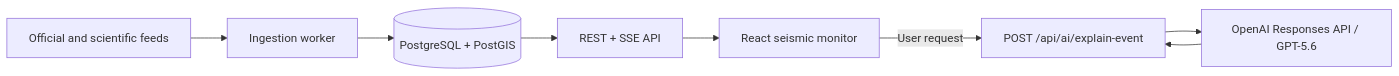
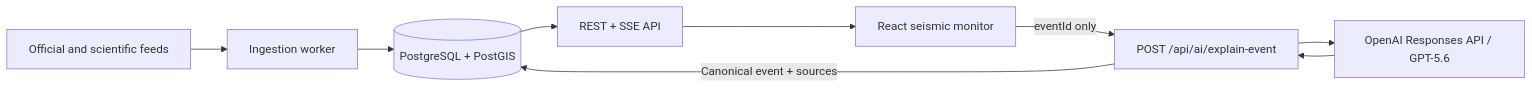
One commit to KamuiSenpai/sismica-gpt56-openai-build-week-2026 changed the diagram in README.md. Above: the diagram before and after it, drawn with Mermaid. The commit also changed other lines of this file and 5 other files, not shown here.

````diff
--- a/README.md
+++ b/README.md
@@ -64,10 +67,11 @@
 ```mermaid
 flowchart LR
   feeds[Official and scientific feeds] --> worker[Ingestion worker]
   worker --> db[(PostgreSQL + PostGIS)]
   db --> api[REST + SSE API]
   api --> web[React seismic monitor]
-  web -->|User request| explain[POST /api/ai/explain-event]
+  web -->|eventId only| explain[POST /api/ai/explain-event]
+  explain -->|Canonical event + sources| db
   explain --> responses[OpenAI Responses API / GPT-5.6]
   responses --> explain
 ```
````
